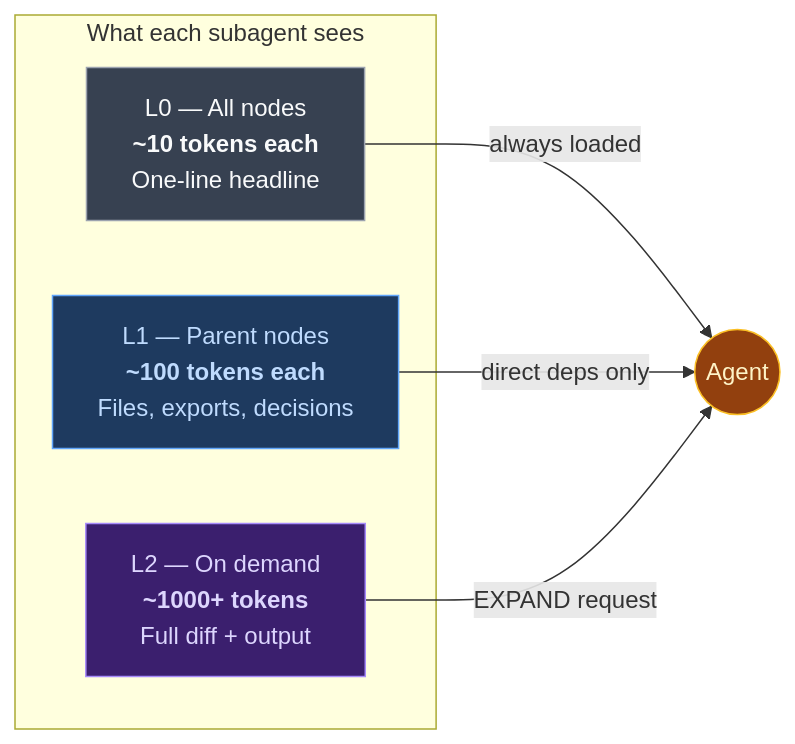
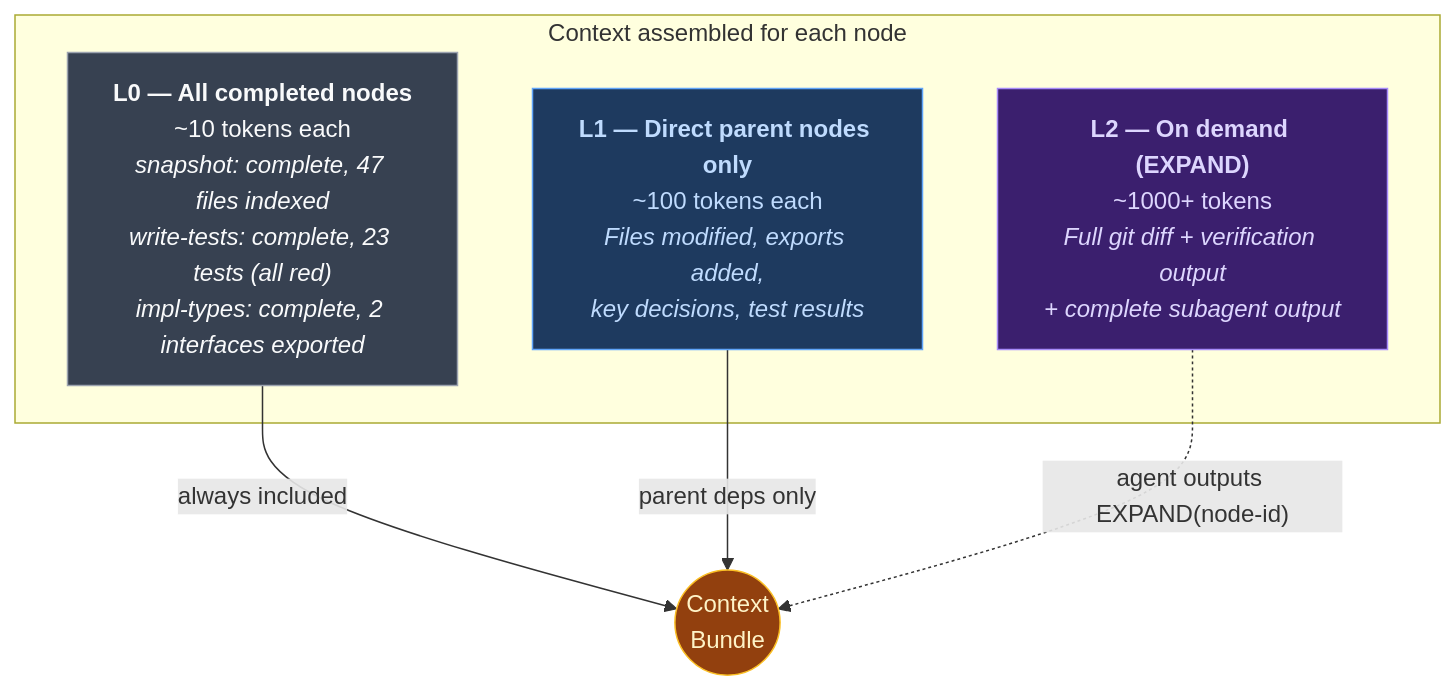
One commit to pupubird/specwork changed the third of 4 diagrams in README.md. Above: the diagram before and after it, drawn with Mermaid. The commit also changed other lines of this file, not shown here.

````diff
--- a/README.md
+++ b/README.md
@@ -118,17 +160,17 @@
 ```mermaid
-graph LR
-    subgraph "What each subagent sees"
-        A["L0 — All nodes<br/><b>~10 tokens each</b><br/>One-line headline"]
-        B["L1 — Parent nodes<br/><b>~100 tokens each</b><br/>Files, exports, decisions"]
-        C["L2 — On demand<br/><b>~1000+ tokens</b><br/>Full diff + output"]
+graph TB
+    subgraph "Context assembled for each node"
+        L0["<b>L0 — All completed nodes</b><br/>~10 tokens each<br/><i>snapshot: complete, 47 files indexed</i><br/><i>write-tests: complete, 23 tests (all red)</i><br/><i>impl-types: complete, 2 interfaces exported</i>"]
+        L1["<b>L1 — Direct parent nodes only</b><br/>~100 tokens each<br/><i>Files modified, exports added,</i><br/><i>key decisions, test results</i>"]
+        L2["<b>L2 — On demand (EXPAND)</b><br/>~1000+ tokens<br/><i>Full git diff + verification output</i><br/><i>+ complete subagent output</i>"]
     end
 
-    A -->|always loaded| Agent((Agent))
-    B -->|direct deps only| Agent
-    C -->|EXPAND request| Agent
+    L0 -->|always included| Bundle((Context<br/>Bundle))
+    L1 -->|parent deps only| Bundle
+    L2 -.->|"agent outputs EXPAND(node-id)"| Bundle
 
-    style A fill:#374151,stroke:#9CA3AF,color:#F9FAFB
-    style B fill:#1E3A5F,stroke:#60A5FA,color:#BFDBFE
-    style C fill:#3B1F6E,stroke:#A78BFA,color:#DDD6FE
-    style Agent fill:#92400E,stroke:#FBBF24,color:#FEF3C7
+    style L0 fill:#374151,stroke:#9CA3AF,color:#F9FAFB
+    style L1 fill:#1E3A5F,stroke:#60A5FA,color:#BFDBFE
+    style L2 fill:#3B1F6E,stroke:#A78BFA,color:#DDD6FE
+    style Bundle fill:#92400E,stroke:#FBBF24,color:#FEF3C7
 ```
````
